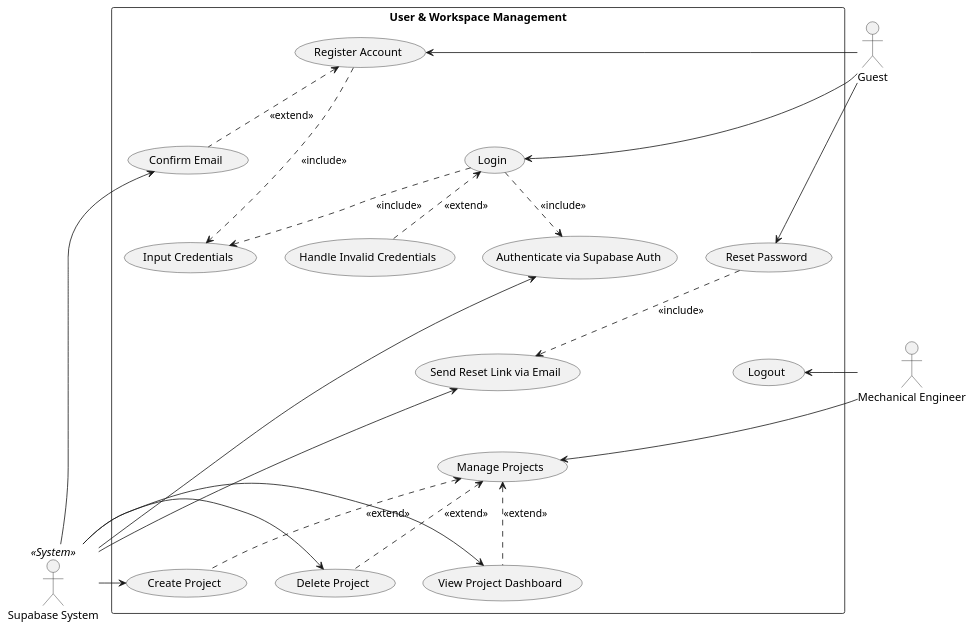
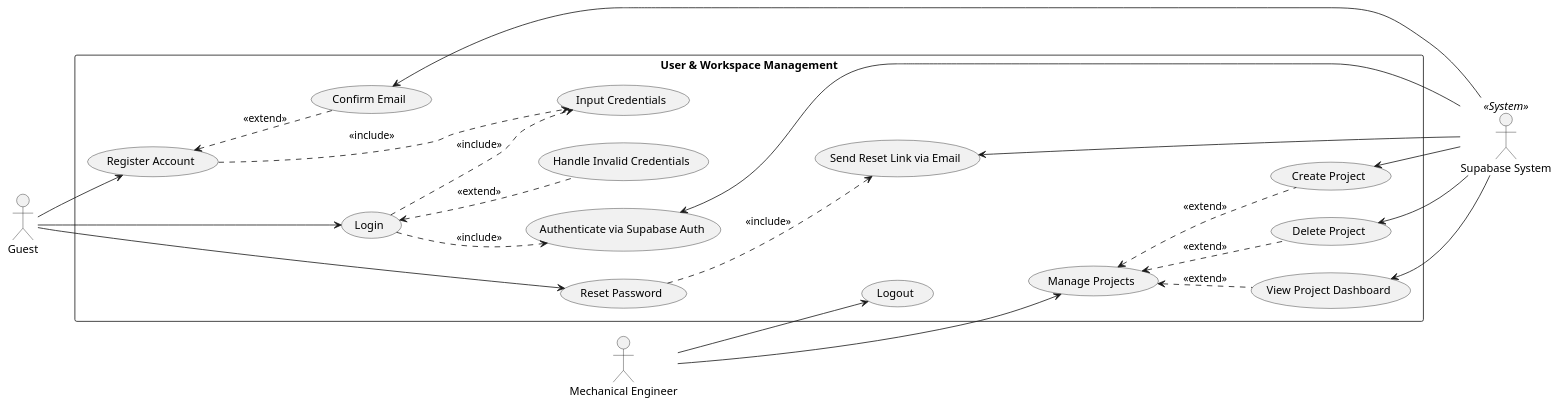
The diagram in docs/uml/uc_user.puml (dvydinh/mechdrive), drawn with PlantUML before and after one commit. The commit also changed 7 other files, not shown here.

```diff
--- a/docs/uml/uc_user.puml
+++ b/docs/uml/uc_user.puml
@@ -1,59 +1,60 @@
 @startuml
+left to right direction
 skinparam packageStyle rectangle
 
 actor "Guest" as guest
 actor "Mechanical Engineer" as eng
 actor "Supabase System" as supa << System >>
 
 package "User & Workspace Management" {
   usecase "Register Account" as UC1
   usecase "Input Credentials" as UC1_1
   usecase "Confirm Email" as UC1_3
   
   usecase "Login" as UC2
   usecase "Authenticate via Supabase Auth" as UC2_1
   usecase "Handle Invalid Credentials" as UC2_2
   
   usecase "Reset Password" as UC3
   usecase "Send Reset Link via Email" as UC3_1
   
   usecase "Logout" as UC6
   
   usecase "Manage Projects" as UC4
   usecase "Create Project" as UC4_1
   usecase "Delete Project" as UC4_3
   usecase "View Project Dashboard" as UC4_4
 }
 
 UC1 -[hidden]down-> UC2
 UC2 -[hidden]down-> UC3
 UC3 -[hidden]down-> UC6
 UC6 -[hidden]down-> UC4
 
-guest -right-> UC1
-UC1 .down.> UC1_1 : <<include>>
-UC1 <.down. UC1_3 : <<extend>>
+guest --> UC1
+UC1 ..> UC1_1 : <<include>>
+UC1 <.. UC1_3 : <<extend>>
 
-guest -right-> UC2
-UC2 .down.> UC1_1 : <<include>>
-UC2 .down.> UC2_1 : <<include>>
-UC2 <.down. UC2_2 : <<extend>>
+guest --> UC2
+UC2 ..> UC1_1 : <<include>>
+UC2 ..> UC2_1 : <<include>>
+UC2 <.. UC2_2 : <<extend>>
 
-guest -right-> UC3
-UC3 .down.> UC3_1 : <<include>>
+guest --> UC3
+UC3 ..> UC3_1 : <<include>>
 
-eng -right-> UC6
+eng --> UC6
 
-eng -right-> UC4
-UC4 <.down. UC4_1 : <<extend>>
-UC4 <.down. UC4_3 : <<extend>>
-UC4 <.down. UC4_4 : <<extend>>
+eng --> UC4
+UC4 <.. UC4_1 : <<extend>>
+UC4 <.. UC4_3 : <<extend>>
+UC4 <.. UC4_4 : <<extend>>
 
-supa -left-> UC1_3
-supa -left-> UC2_1
-supa -left-> UC3_1
-supa -left-> UC4_1
-supa -left-> UC4_3
-supa -left-> UC4_4
+UC1_3 <-- supa
+UC2_1 <-- supa
+UC3_1 <-- supa
+UC4_1 <-- supa
+UC4_3 <-- supa
+UC4_4 <-- supa
 
 @enduml
```
